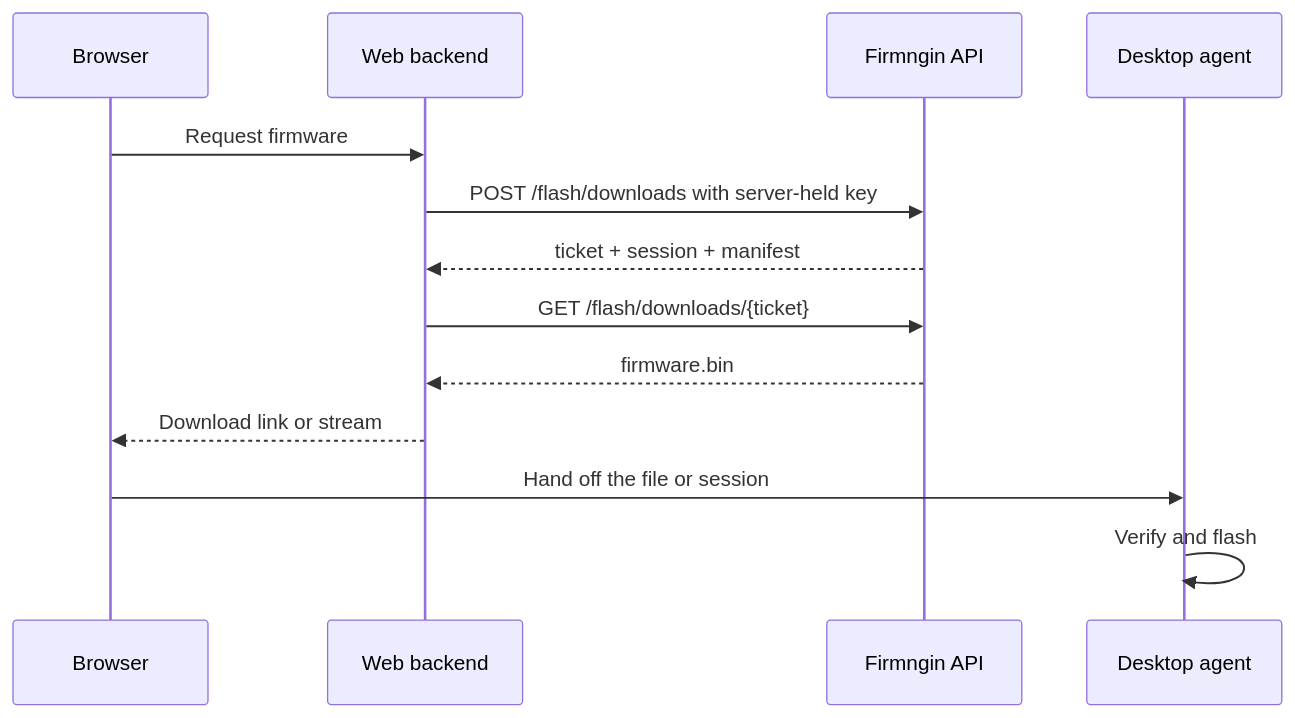
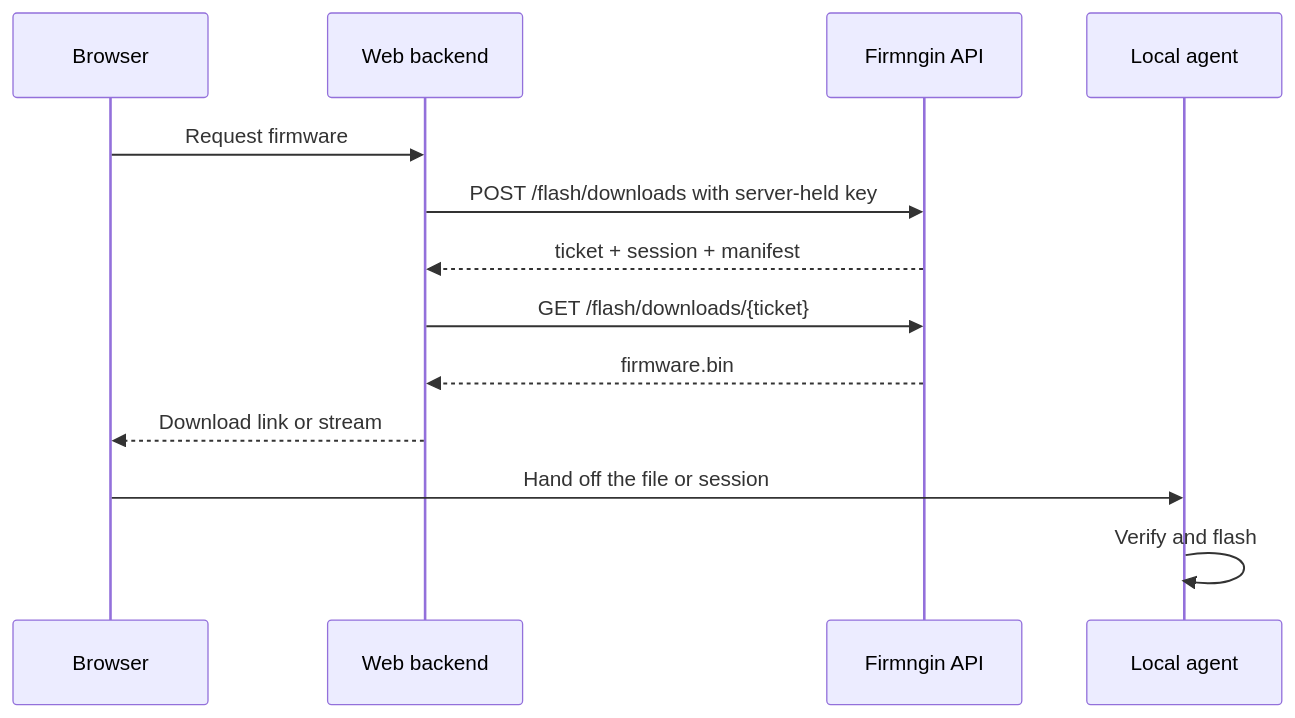
One commit to firmngin/docs changed the second of 3 diagrams in local-flash/client-patterns.mdx. Above: the diagram before and after it, drawn with Mermaid. The commit also changed other lines of this file and 3 other files, not shown here.

````diff
--- a/local-flash/client-patterns.mdx
+++ b/local-flash/client-patterns.mdx
@@ -43,16 +45,16 @@
 ```mermaid actions={false}
 sequenceDiagram
   participant Browser
   participant BFF as Web backend
   participant API as Firmngin API
-  participant Agent as Desktop agent
+  participant Agent as Local agent
 
   Browser->>BFF: Request firmware
   BFF->>API: POST /flash/downloads with server-held key
   API-->>BFF: ticket + session + manifest
   BFF->>API: GET /flash/downloads/{ticket}
   API-->>BFF: firmware.bin
   BFF-->>Browser: Download link or stream
   Browser->>Agent: Hand off the file or session
   Agent->>Agent: Verify and flash
 ```
````
